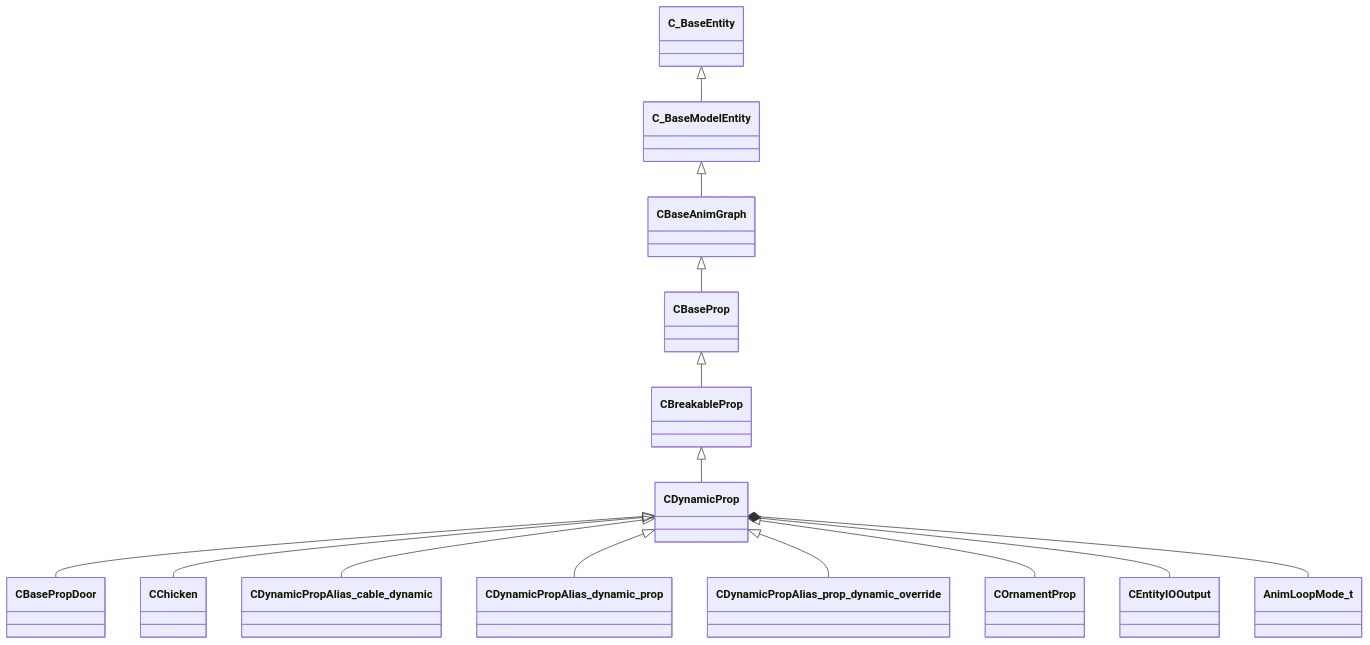
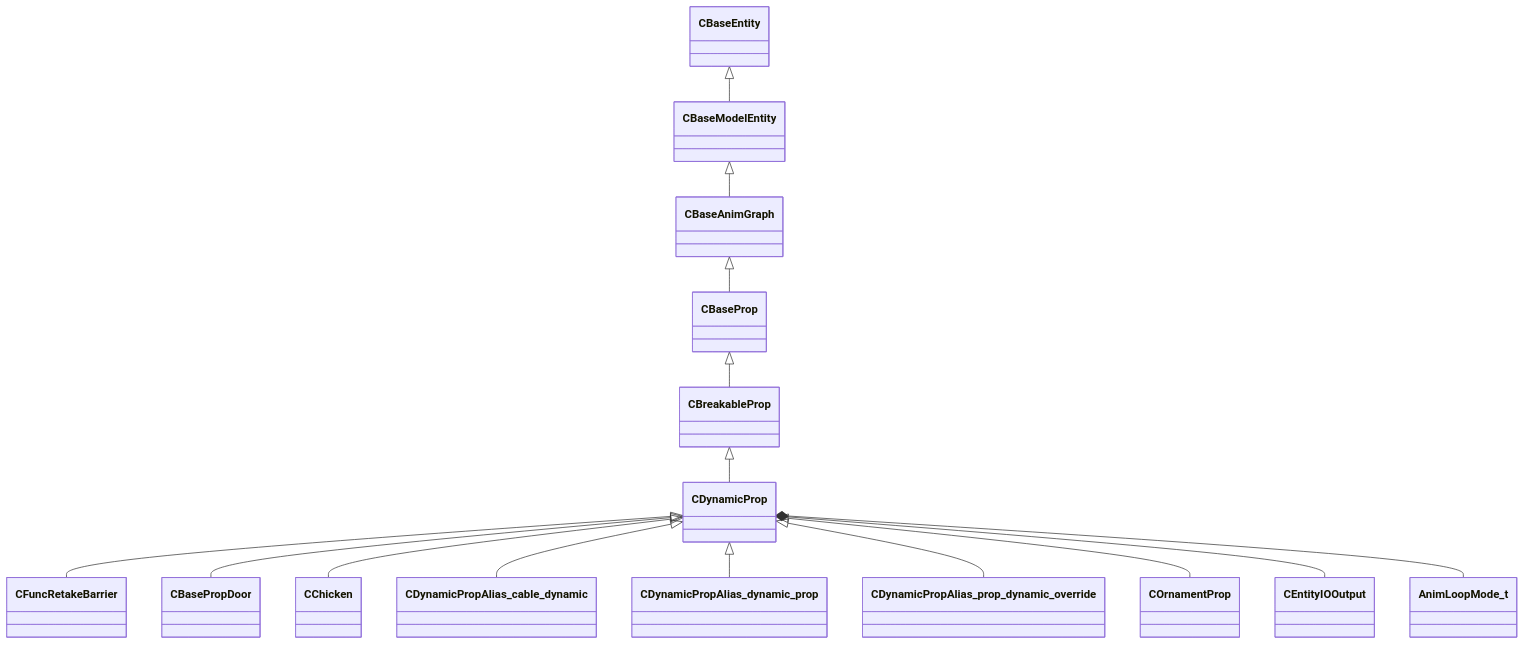
The diagram in docs/generated/schemas/server/CDynamicProp.md (CS2OpenDev/CS2OpenDev-Docs), drawn with Mermaid before and after one commit. The commit also changed other lines of this file and 4525 other files, not shown here.

````diff
--- a/docs/generated/schemas/server/CDynamicProp.md
+++ b/docs/generated/schemas/server/CDynamicProp.md
@@ -21,16 +23,17 @@
 ```mermaid
 classDiagram
     CBreakableProp <|-- CDynamicProp
     CBaseProp <|-- CBreakableProp
     CBaseAnimGraph <|-- CBaseProp
-    C_BaseModelEntity <|-- CBaseAnimGraph
-    C_BaseEntity <|-- C_BaseModelEntity
+    CBaseModelEntity <|-- CBaseAnimGraph
+    CBaseEntity <|-- CBaseModelEntity
+    CDynamicProp <|-- CFuncRetakeBarrier
     CDynamicProp <|-- CBasePropDoor
     CDynamicProp <|-- CChicken
     CDynamicProp <|-- CDynamicPropAlias_cable_dynamic
     CDynamicProp <|-- CDynamicPropAlias_dynamic_prop
     CDynamicProp <|-- CDynamicPropAlias_prop_dynamic_override
     CDynamicProp <|-- COrnamentProp
     CDynamicProp *-- CEntityIOOutput
     CDynamicProp *-- AnimLoopMode_t
 ```
````
